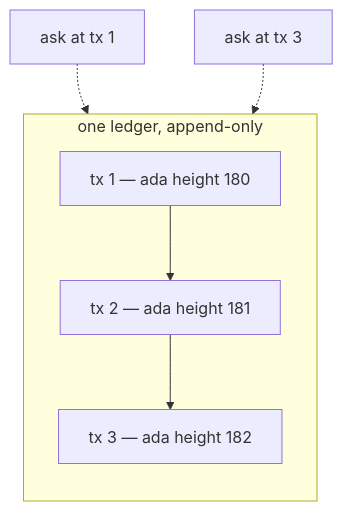
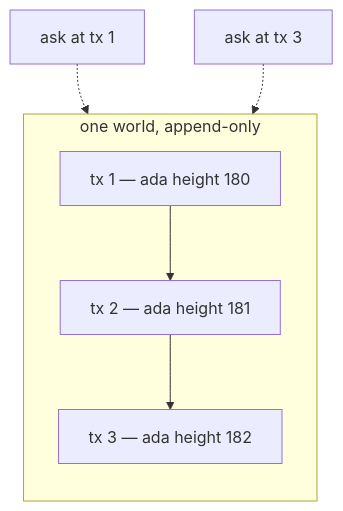
One commit to shinyobjectz/blazie changed the third of 8 diagrams in DESIGN.md. Above: the diagram before and after it, drawn with Mermaid. The commit also changed other lines of this file and 102 other files, not shown here.

First line of the commit message:
a ledger is a world

````diff
--- a/DESIGN.md
+++ b/DESIGN.md
@@ -84,12 +84,12 @@
 ```mermaid
 flowchart TB
-    subgraph ledger["one ledger, append-only"]
+    subgraph world["one world, append-only"]
         direction TB
         t1["tx 1 — ada height 180"]
         t2["tx 2 — ada height 181"]
         t3["tx 3 — ada height 182"]
         t1 --> t2 --> t3
     end
     ask1["ask at tx 1"] -.-> t1
     ask3["ask at tx 3"] -.-> t3
 ```
````
